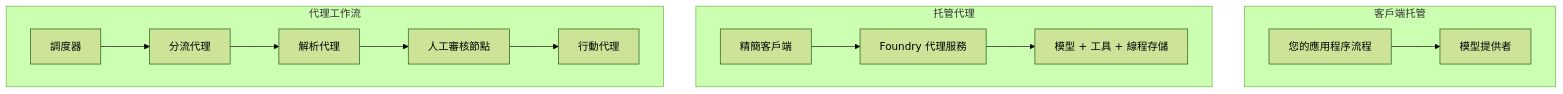
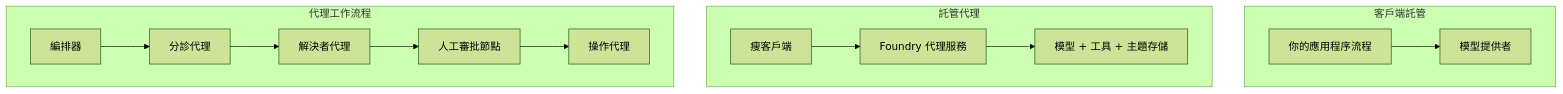
One commit to microsoft/ai-agents-for-beginners changed the first of 4 diagrams in translations/zh-HK/16-deploying-scalable-agents/README.md. Above: the diagram before and after it, drawn with Mermaid (forest theme). The commit also changed other lines of this file and 44 other files, not shown here.

````diff
--- a/translations/zh-HK/16-deploying-scalable-agents/README.md
+++ b/translations/zh-HK/16-deploying-scalable-agents/README.md
@@ -87,16 +87,16 @@
 ```mermaid
 flowchart TB
-    subgraph P1[客戶端托管]
-        A1[您的應用程序流程] --> M1[模型提供者]
+    subgraph P1[客戶端託管]
+        A1[你的應用程序流程] --> M1[模型提供者]
     end
-    subgraph P2[托管代理]
-        A2[精簡客戶端] --> F2[Foundry 代理服務]
-        F2 --> M2[模型 + 工具 + 線程存儲]
+    subgraph P2[託管代理]
+        A2[瘦客戶端] --> F2[Foundry 代理服務]
+        F2 --> M2[模型 + 工具 + 主題存儲]
     end
-    subgraph P3[代理工作流]
-        A3[調度器] --> S1[分流代理]
-        S1 --> S2[解析代理]
-        S2 --> H[人工審核節點]
-        H --> S3[行動代理]
+    subgraph P3[代理工作流程]
+        A3[編排器] --> S1[分診代理]
+        S1 --> S2[解決者代理]
+        S2 --> H[人工審批節點]
+        H --> S3[操作代理]
     end
 ```
````
